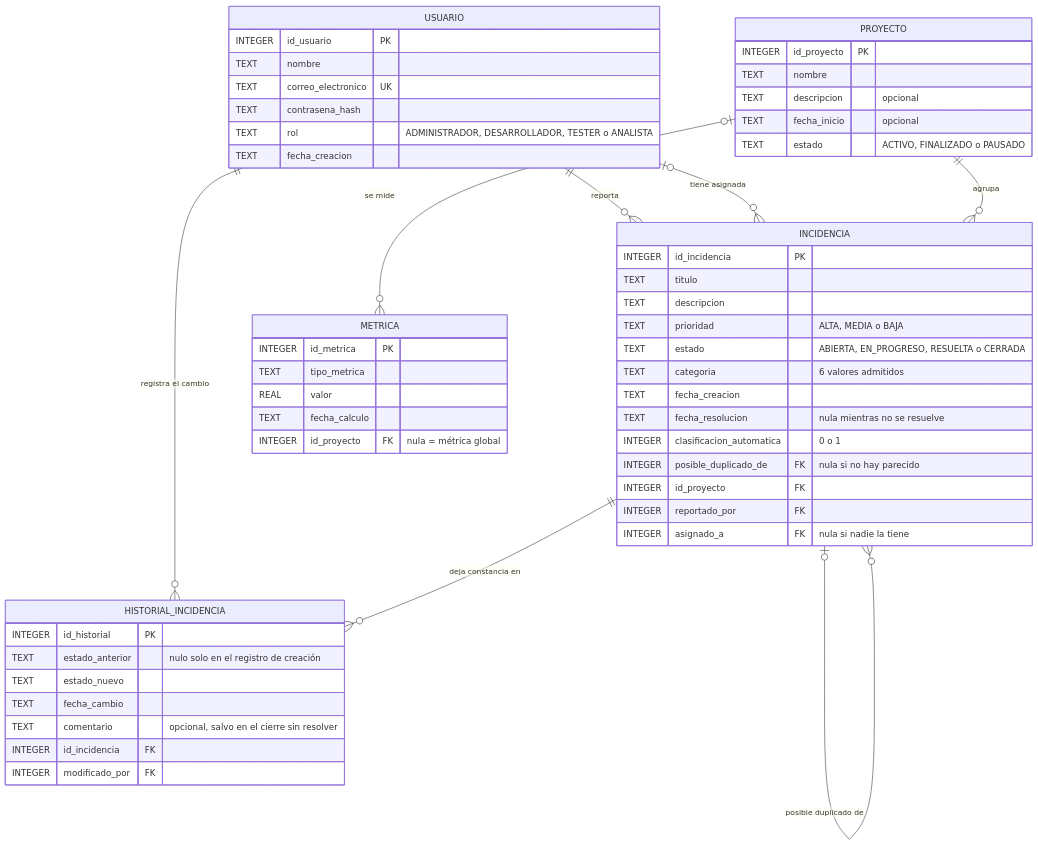
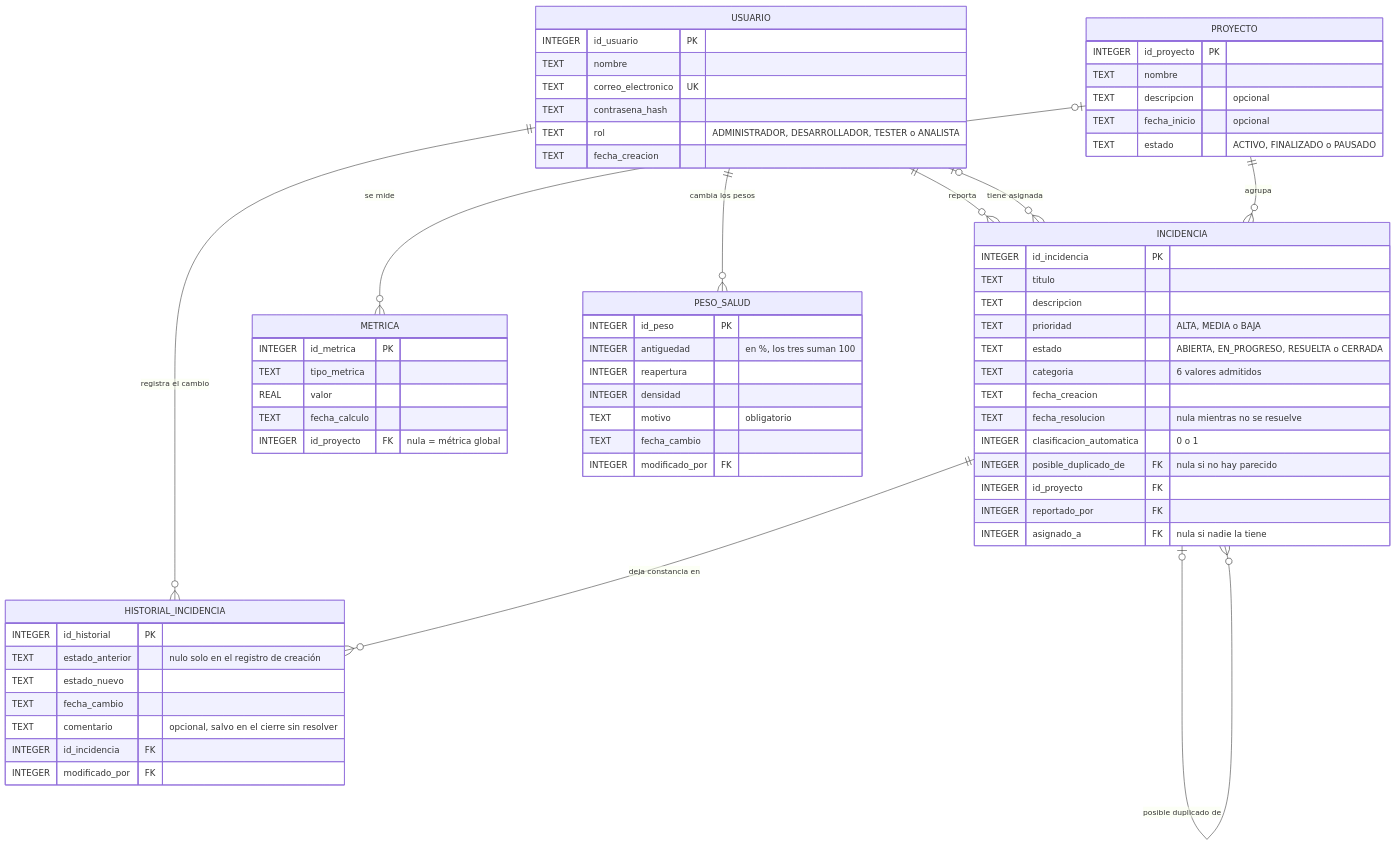
One commit to keylymolinam/software-quality-hub changed the diagram in docs/diagramas/modelo-entidad-relacion.md. Above: the diagram before and after it, drawn with Mermaid. The commit also changed other lines of this file and 23 other files, not shown here.

First line of the commit message:
Permite al administrador cambiar los pesos del índice de salud, con historia y motivo

````diff
--- a/docs/diagramas/modelo-entidad-relacion.md
+++ b/docs/diagramas/modelo-entidad-relacion.md
@@ -6,61 +6,72 @@
 ```mermaid
 erDiagram
     USUARIO ||--o{ INCIDENCIA : "reporta"
     USUARIO |o--o{ INCIDENCIA : "tiene asignada"
     USUARIO ||--o{ HISTORIAL_INCIDENCIA : "registra el cambio"
     PROYECTO ||--o{ INCIDENCIA : "agrupa"
     PROYECTO |o--o{ METRICA : "se mide"
+    USUARIO ||--o{ PESO_SALUD : "cambia los pesos"
     INCIDENCIA ||--o{ HISTORIAL_INCIDENCIA : "deja constancia en"
     INCIDENCIA |o--o{ INCIDENCIA : "posible duplicado de"
 
     USUARIO {
         INTEGER id_usuario PK
         TEXT nombre
         TEXT correo_electronico UK
         TEXT contrasena_hash
         TEXT rol "ADMINISTRADOR, DESARROLLADOR, TESTER o ANALISTA"
         TEXT fecha_creacion
     }
 
     PROYECTO {
         INTEGER id_proyecto PK
         TEXT nombre
         TEXT descripcion "opcional"
         TEXT fecha_inicio "opcional"
         TEXT estado "ACTIVO, FINALIZADO o PAUSADO"
     }
 
     INCIDENCIA {
         INTEGER id_incidencia PK
         TEXT titulo
         TEXT descripcion
         TEXT prioridad "ALTA, MEDIA o BAJA"
         TEXT estado "ABIERTA, EN_PROGRESO, RESUELTA o CERRADA"
         TEXT categoria "6 valores admitidos"
         TEXT fecha_creacion
         TEXT fecha_resolucion "nula mientras no se resuelve"
         INTEGER clasificacion_automatica "0 o 1"
         INTEGER posible_duplicado_de FK "nula si no hay parecido"
         INTEGER id_proyecto FK
         INTEGER reportado_por FK
         INTEGER asignado_a FK "nula si nadie la tiene"
     }
 
     HISTORIAL_INCIDENCIA {
         INTEGER id_historial PK
         TEXT estado_anterior "nulo solo en el registro de creación"
         TEXT estado_nuevo
         TEXT fecha_cambio
         TEXT comentario "opcional, salvo en el cierre sin resolver"
         INTEGER id_incidencia FK
         INTEGER modificado_por FK
     }
 
     METRICA {
         INTEGER id_metrica PK
         TEXT tipo_metrica
         REAL valor
         TEXT fecha_calculo
         INTEGER id_proyecto FK "nula = métrica global"
     }
+
+    PESO_SALUD {
+        INTEGER id_peso PK
+        INTEGER antiguedad "en %, los tres suman 100"
+        INTEGER reapertura
+        INTEGER densidad
+        TEXT motivo "obligatorio"
+        TEXT fecha_cambio
+        INTEGER modificado_por FK
+    }
 ```
````
